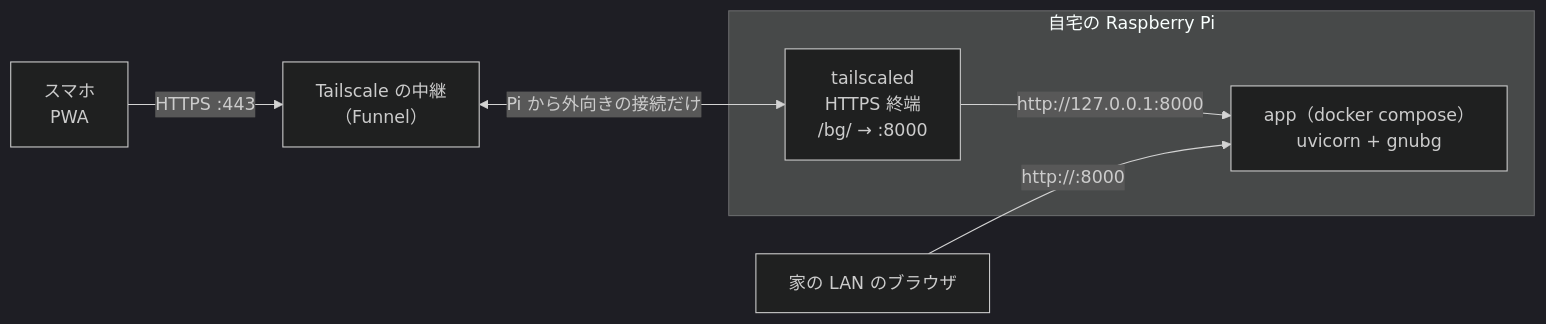
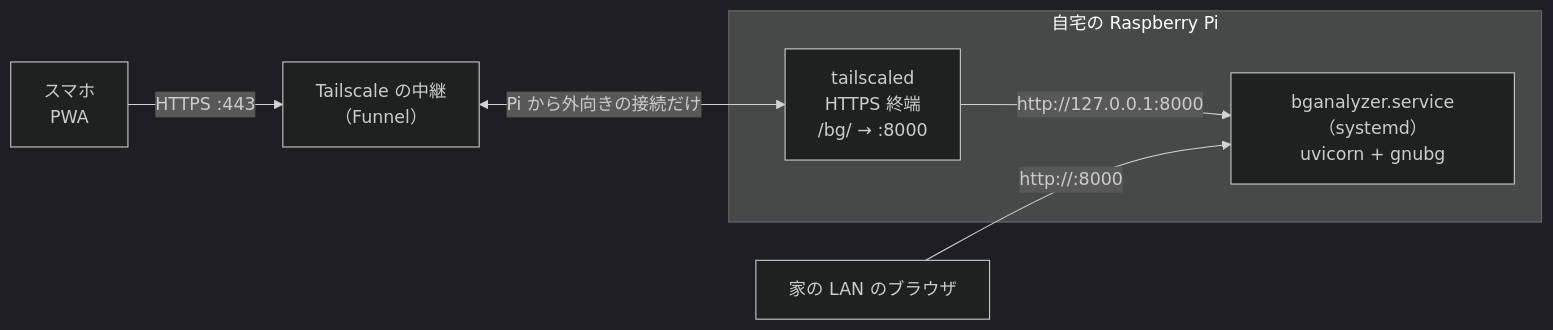
The first of 2 diagrams in docs/raspi.md (ytani01/bganalyzer), drawn with Mermaid (dark theme) before and after one commit. The commit also changed other lines of this file and 23 other files, not shown here.

First line of the commit message:
feat(pi): Docker をやめ、Pi の常駐を uv と systemd にする（TODO-056）

````diff
--- a/docs/raspi.md
+++ b/docs/raspi.md
@@ -6,9 +6,9 @@
 ```mermaid
 flowchart LR
     phone["スマホ<br/>PWA"] -- "HTTPS :443" --> ts["Tailscale の中継<br/>（Funnel）"]
     subgraph pi["自宅の Raspberry Pi"]
-        tsd["tailscaled<br/>HTTPS 終端<br/>/bg/ → :8000"] -- "http://127.0.0.1:8000" --> app["app（docker compose）<br/>uvicorn + gnubg"]
+        tsd["tailscaled<br/>HTTPS 終端<br/>/bg/ → :8000"] -- "http://127.0.0.1:8000" --> app["bganalyzer.service（systemd）<br/>uvicorn + gnubg"]
     end
     ts <-- "Pi から外向きの接続だけ" --> tsd
     lan["家の LAN のブラウザ"] -- "http://<PiのIP>:8000" --> app
 ```
````
